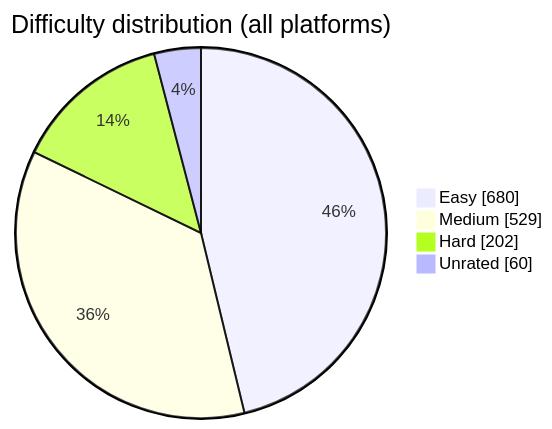
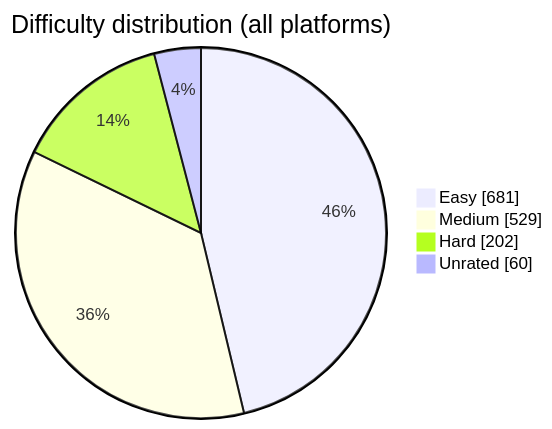
One commit to BuildbyArindam/Daily-Coding-Log changed the diagram in README.md. Above: the diagram before and after it, drawn with Mermaid. The commit also changed other lines of this file, not shown here.

````diff
--- a/README.md
+++ b/README.md
@@ -93,7 +93,7 @@
 ```mermaid
 pie showData title Difficulty distribution (all platforms)
-    "Easy" : 680
+    "Easy" : 681
     "Medium" : 529
     "Hard" : 202
     "Unrated" : 60
 ```
````
